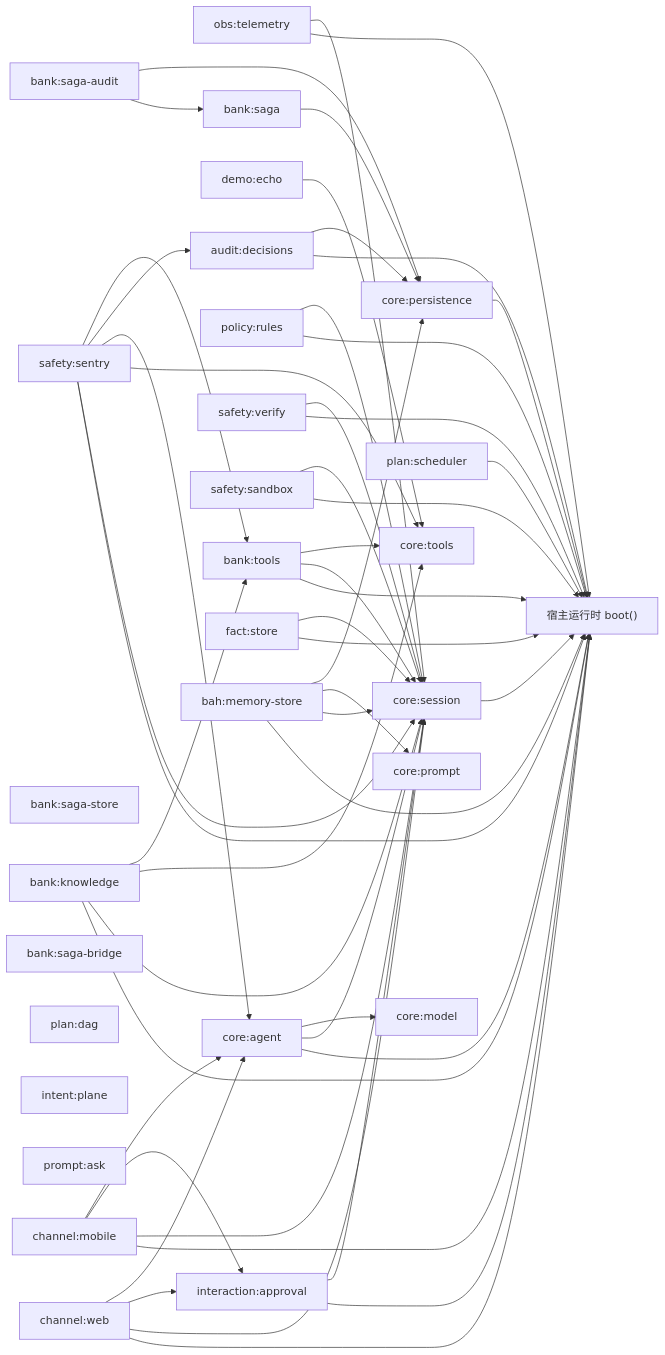
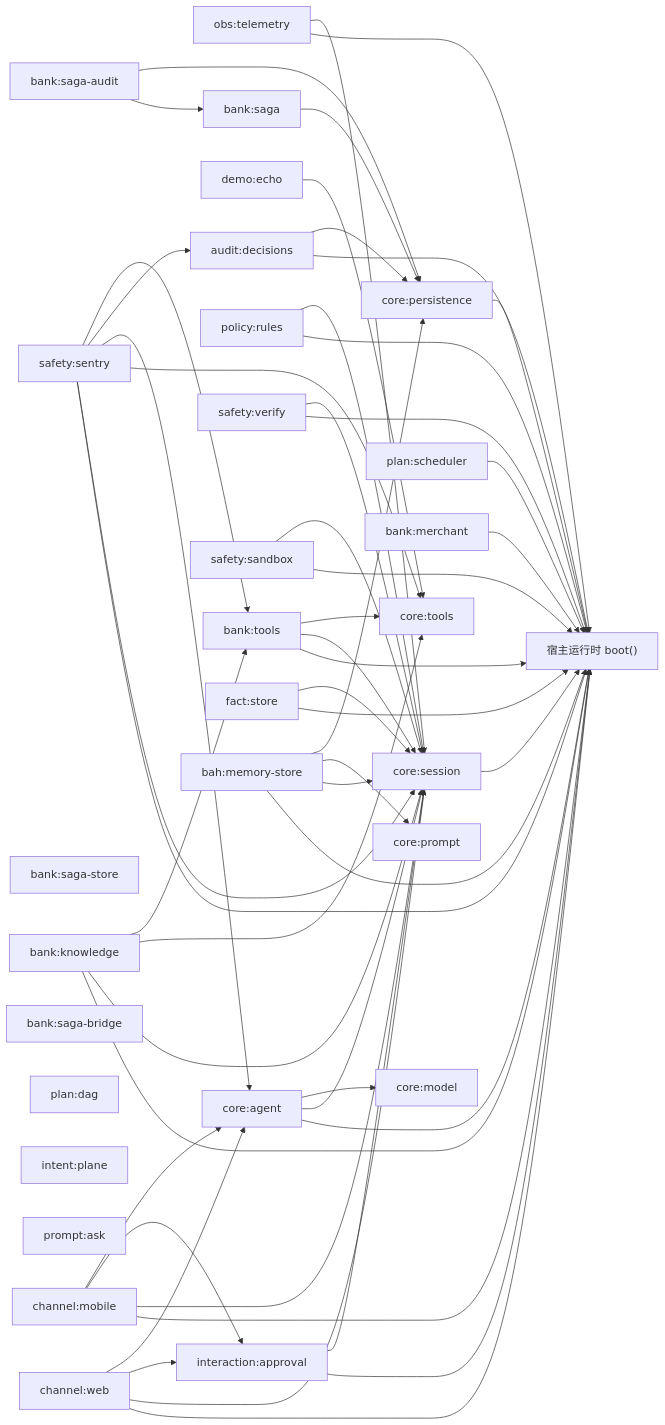
The first of 2 diagrams in docs/architecture.md (YYYPROBEE/BAH), drawn with Mermaid before and after one commit. The commit also changed other lines of this file and 18 other files, not shown here.

````diff
--- a/docs/architecture.md
+++ b/docs/architecture.md
@@ -76,80 +76,82 @@
 ```mermaid
 graph LR
   p0["core:session"]
   p1["obs:telemetry"]
   p2["core:tools"]
   p3["core:prompt"]
   p4["core:model"]
   p5["core:agent"]
   p6["core:persistence"]
   p7["audit:decisions"]
   p8["demo:echo"]
   p9["bank:tools"]
   p10["policy:rules"]
   p11["bank:knowledge"]
   p12["interaction:approval"]
   p13["safety:sentry"]
   p14["safety:verify"]
   p15["safety:sandbox"]
   p16["bank:saga-store"]
   p17["bank:saga"]
   p18["bank:saga-audit"]
   p19["bank:saga-bridge"]
   p20["plan:dag"]
   p21["plan:scheduler"]
   p22["fact:store"]
-  p23["bah:memory-store"]
-  p24["intent:plane"]
-  p25["prompt:ask"]
-  p26["channel:web"]
-  p27["channel:mobile"]
+  p23["bank:merchant"]
+  p24["bah:memory-store"]
+  p25["intent:plane"]
+  p26["prompt:ask"]
+  p27["channel:web"]
+  p28["channel:mobile"]
   p0 --> host["宿主运行时 boot()"]
   p1 --> host["宿主运行时 boot()"]
   p1 --> p0
   p10 --> host["宿主运行时 boot()"]
   p10 --> p0
   p11 --> host["宿主运行时 boot()"]
   p11 --> p0
   p11 --> p2
   p11 --> p9
   p12 --> host["宿主运行时 boot()"]
   p12 --> p0
   p13 --> host["宿主运行时 boot()"]
   p13 --> p0
   p13 --> p2
   p13 --> p5
   p13 --> p7
   p13 --> p9
   p14 --> host["宿主运行时 boot()"]
   p14 --> p0
   p15 --> host["宿主运行时 boot()"]
   p15 --> p0
   p17 --> p6
   p18 --> p17
   p18 --> p6
   p21 --> host["宿主运行时 boot()"]
   p22 --> host["宿主运行时 boot()"]
   p22 --> p0
   p23 --> host["宿主运行时 boot()"]
-  p23 --> p0
-  p23 --> p3
-  p23 --> p6
-  p26 --> host["宿主运行时 boot()"]
-  p26 --> p0
-  p26 --> p12
-  p26 --> p5
+  p24 --> host["宿主运行时 boot()"]
+  p24 --> p0
+  p24 --> p3
+  p24 --> p6
   p27 --> host["宿主运行时 boot()"]
   p27 --> p0
   p27 --> p12
   p27 --> p5
+  p28 --> host["宿主运行时 boot()"]
+  p28 --> p0
+  p28 --> p12
+  p28 --> p5
   p5 --> host["宿主运行时 boot()"]
   p5 --> p0
   p5 --> p4
   p6 --> host["宿主运行时 boot()"]
   p7 --> host["宿主运行时 boot()"]
   p7 --> p6
   p8 --> p2
   p9 --> host["宿主运行时 boot()"]
   p9 --> p0
   p9 --> p2
 ```
````
